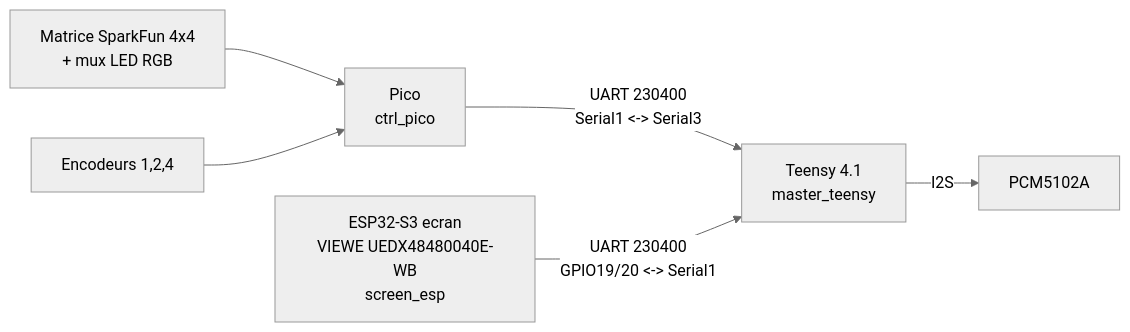
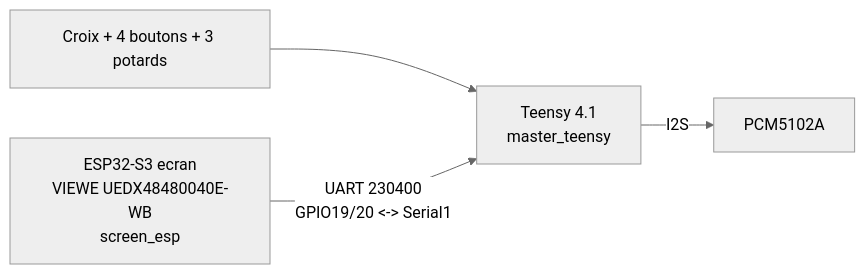
Before and after one commit to propann/L-AZ-2: the diagram in docs/AZ2_CABLAGE_MASTER.md, drawn with Mermaid (neutral theme). The commit also changed other lines of this file and 7 other files, not shown here.

````diff
--- a/docs/AZ2_CABLAGE_MASTER.md
+++ b/docs/AZ2_CABLAGE_MASTER.md
@@ -43,8 +62,6 @@
 ```mermaid
 flowchart LR
-    MATRIX[Matrice SparkFun 4x4\n+ mux LED RGB] --> PICO[Pico\nctrl_pico]
-    ENC[Encodeurs 1,2,4] --> PICO
-    PICO -- UART 230400\nSerial1 <-> Serial3 --> TEENSY[Teensy 4.1\nmaster_teensy]
+    NAV[Croix + 4 boutons + 3 potards] --> TEENSY[Teensy 4.1\nmaster_teensy]
     TEENSY -- I2S --> DAC[PCM5102A]
     ESP[ESP32-S3 ecran\nVIEWE UEDX48480040E-WB\nscreen_esp] -- UART 230400\nGPIO19/20 <-> Serial1 --> TEENSY
 ```
````
